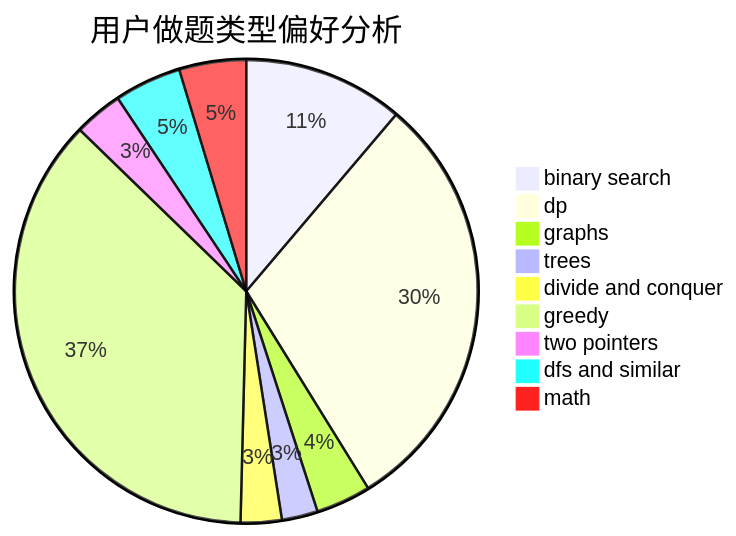
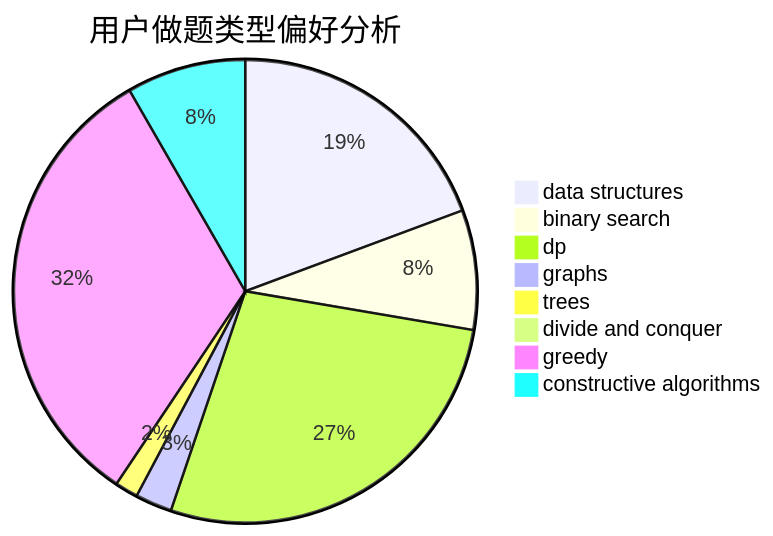
The second of 3 diagrams in docs/user/u2223.md (sherpahu/cfrs.github.io), drawn with Mermaid before and after one commit. The commit also changed other lines of this file and 2775 other files, not shown here.

````diff
--- a/docs/user/u2223.md
+++ b/docs/user/u2223.md
@@ -23,12 +23,11 @@
 ```mermaid
 pie title 用户做题类型偏好分析
-    "binary search" :  254
-    "dp" :  680
-    "graphs" :  87
-    "trees" :  57
-    "divide and conquer" :  65
-    "greedy" :  836
-    "two pointers" :  77
-    "dfs and similar" :  106
-    "math" :  106
+    "data structures" :  444
+    "binary search" :  192
+    "dp" :  632
+    "graphs" :  59
+    "trees" :  37
+    "divide and conquer" :  11
+    "greedy" :  742
+    "constructive algorithms" :  191
 ```
````
